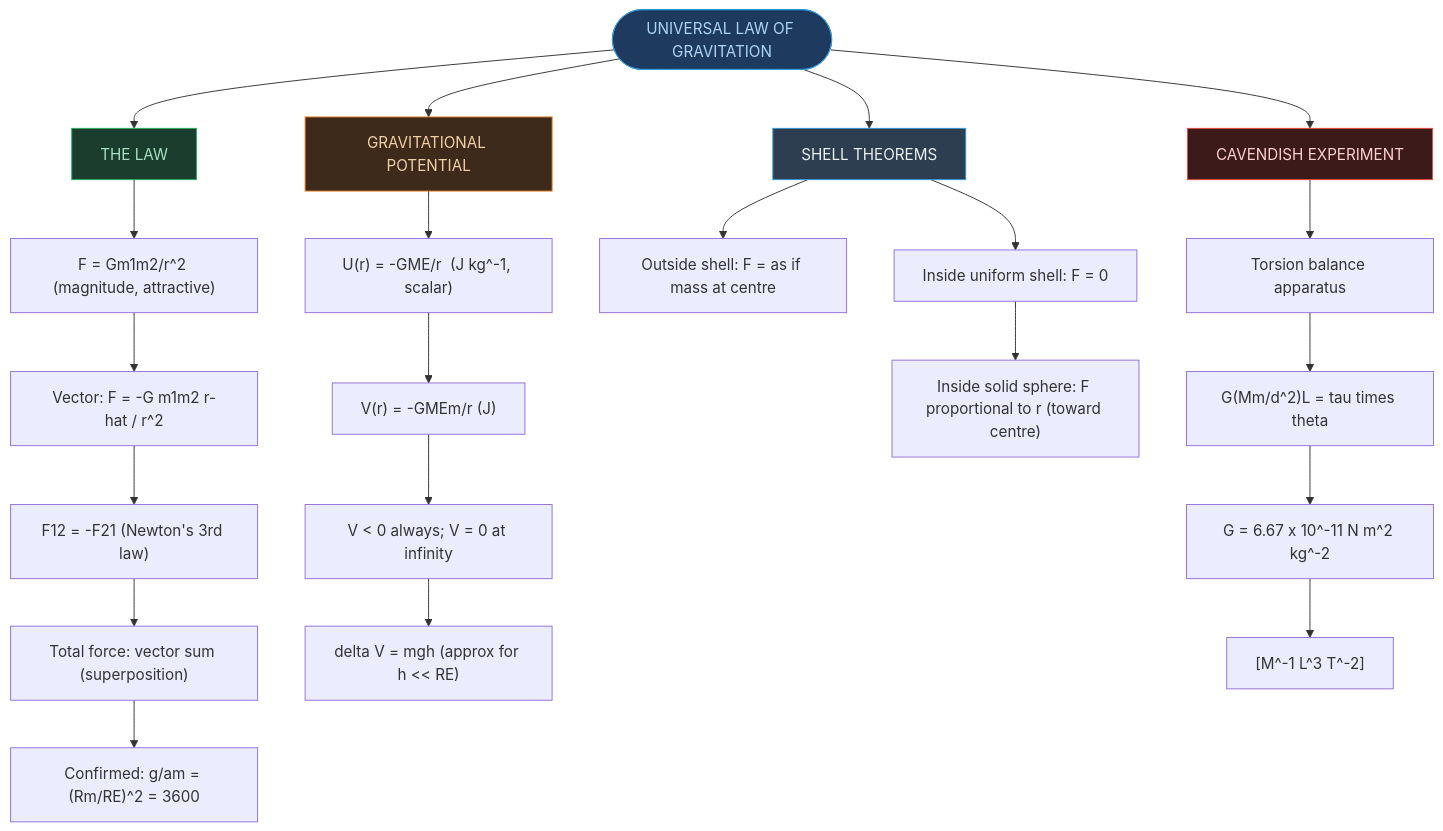
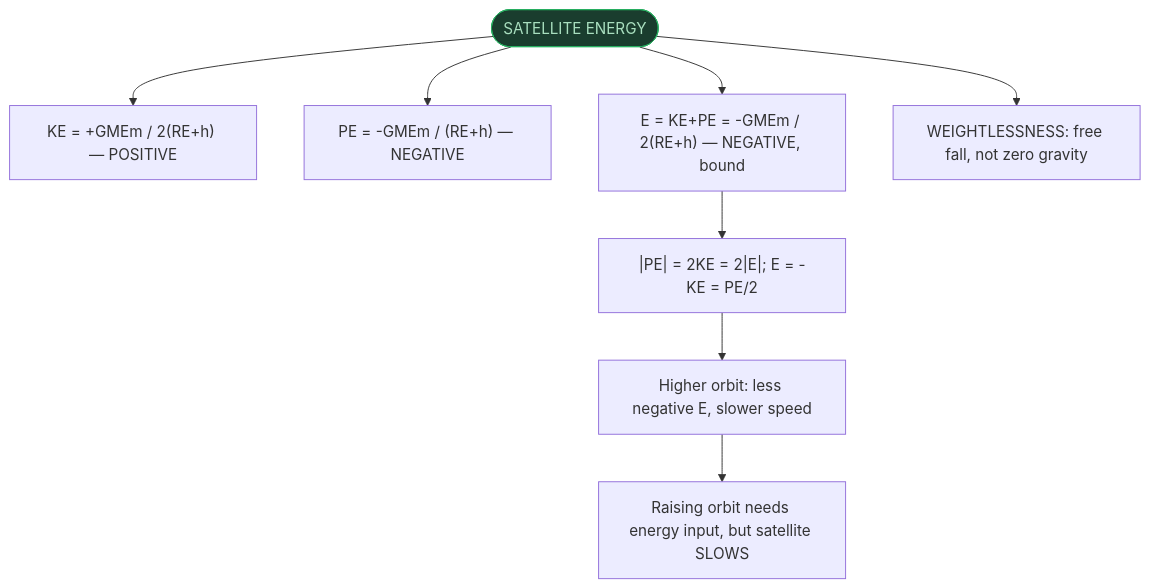
One commit to fsr-science/NCERT-Science changed the tenth of 11 diagrams in AI-NOTES/PHYSICS/PHYSICS07-GRAVITATION/PHYSICS07-GRAVITATION-CNOTES.md. Above: the diagram before and after it, drawn with Mermaid. The commit also changed other lines of this file and 2 other files, not shown here.

````diff
--- a/AI-NOTES/PHYSICS/PHYSICS07-GRAVITATION/PHYSICS07-GRAVITATION-CNOTES.md
+++ b/AI-NOTES/PHYSICS/PHYSICS07-GRAVITATION/PHYSICS07-GRAVITATION-CNOTES.md
@@ -287,34 +441,13 @@
 ```mermaid
 flowchart TD
-    ROOT(["UNIVERSAL LAW OF GRAVITATION"])
-    ROOT --> LAW["THE LAW"]
-    ROOT --> GPOT["GRAVITATIONAL POTENTIAL"]
-    ROOT --> SHELL["SHELL THEOREMS"]
-    ROOT --> CAV["CAVENDISH EXPERIMENT"]
+    ROOT(["SATELLITE ENERGY"])
+    ROOT --> E1["KE = +GMEm / 2(RE+h) — POSITIVE"]
+    ROOT --> E2["PE = -GMEm / (RE+h) — NEGATIVE"]
+    ROOT --> E3["E = KE+PE = -GMEm / 2(RE+h) — NEGATIVE, bound"]
+    E3 --> E4["|PE| = 2KE = 2|E|; E = -KE = PE/2"]
+    E4 --> E5["Higher orbit: less negative E, slower speed"]
+    E5 --> E6["Raising orbit needs energy input, but satellite SLOWS"]
+    ROOT --> W["WEIGHTLESSNESS: free fall, not zero gravity"]
 
-    LAW --> L1["F = Gm1m2/r^2 (magnitude, attractive)"]
-    L1 --> L2["Vector: F = -G m1m2 r-hat / r^2"]
-    L2 --> L3["F12 = -F21 (Newton's 3rd law)"]
-    L3 --> L4["Total force: vector sum (superposition)"]
-    L4 --> L5["Confirmed: g/am = (Rm/RE)^2 = 3600"]
-
-    GPOT --> GP1["U(r) = -GME/r  (J kg^-1, scalar)"]
-    GP1 --> GP2["V(r) = -GMEm/r  (J)"]
-    GP2 --> GP3["V < 0 always; V = 0 at infinity"]
-    GP3 --> GP4["delta V = mgh (approx for h << RE)"]
-
-    SHELL --> SH1["Outside shell: F = as if mass at centre"]
-    SHELL --> SH2["Inside uniform shell: F = 0"]
-    SH2 --> SH3["Inside solid sphere: F proportional to r (toward centre)"]
-
-    CAV --> C1["Torsion balance apparatus"]
-    C1 --> C2["G(Mm/d^2)L = tau times theta"]
-    C2 --> C3["G = 6.67 x 10^-11 N m^2 kg^-2"]
-    C3 --> C4["[M^-1 L^3 T^-2]"]
-
-    style ROOT fill:#1e3a5f,color:#aed6f1,stroke:#3498db
-    style LAW fill:#1a3d2e,color:#a9dfbf,stroke:#27ae60
-    style GPOT fill:#3d2a1a,color:#f0d0a8,stroke:#e67e22
-    style SHELL fill:#2c3e50,color:#ecf0f1,stroke:#3498db
-    style CAV fill:#3d1a1a,color:#ffd0d0,stroke:#e74c3c
+    style ROOT fill:#1a3d2e,color:#a9dfbf,stroke:#27ae60
 ```
````
